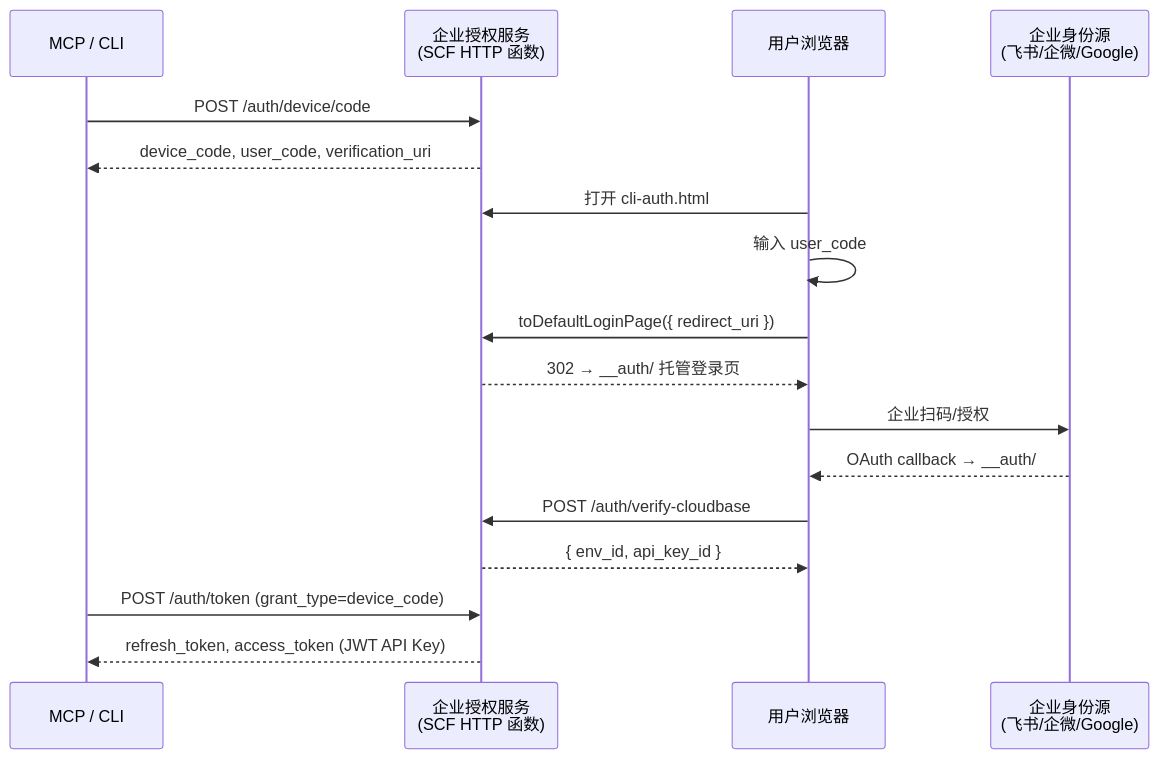
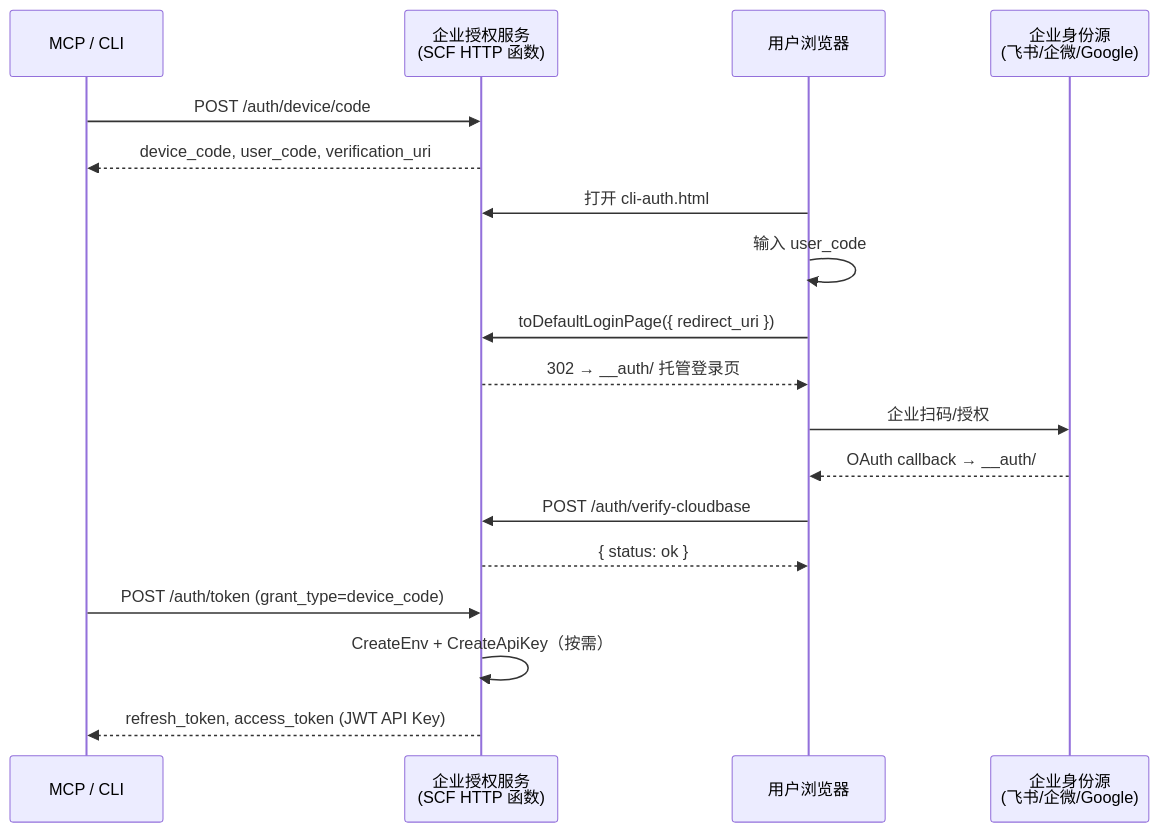
Before and after one commit to TencentCloudBase/CloudBase-AI-Toolkit: the diagram in examples/cloudbase-auth-endpoint-with-feishu/README.md, drawn with Mermaid. The commit also changed 7 other files, not shown here.

````diff
--- a/examples/cloudbase-auth-endpoint-with-feishu/README.md
+++ b/examples/cloudbase-auth-endpoint-with-feishu/README.md
@@ -7,25 +7,26 @@
 ```mermaid
 sequenceDiagram
     participant MCP as MCP / CLI
     participant Auth as 企业授权服务<br/>(SCF HTTP 函数)
     participant Browser as 用户浏览器
     participant IdP as 企业身份源<br/>(飞书/企微/Google)
 
     MCP->>Auth: POST /auth/device/code
     Auth-->>MCP: device_code, user_code, verification_uri
 
     Browser->>Auth: 打开 cli-auth.html
     Browser->>Browser: 输入 user_code
 
     Browser->>Auth: toDefaultLoginPage({ redirect_uri })
     Auth-->>Browser: 302 → __auth/ 托管登录页
 
     Browser->>IdP: 企业扫码/授权
     IdP-->>Browser: OAuth callback → __auth/
 
     Browser->>Auth: POST /auth/verify-cloudbase
-    Auth-->>Browser: { env_id, api_key_id }
+    Auth-->>Browser: { status: ok }
 
     MCP->>Auth: POST /auth/token (grant_type=device_code)
+    Auth->>Auth: CreateEnv + CreateApiKey（按需）
     Auth-->>MCP: refresh_token, access_token (JWT API Key)
 ```
````
